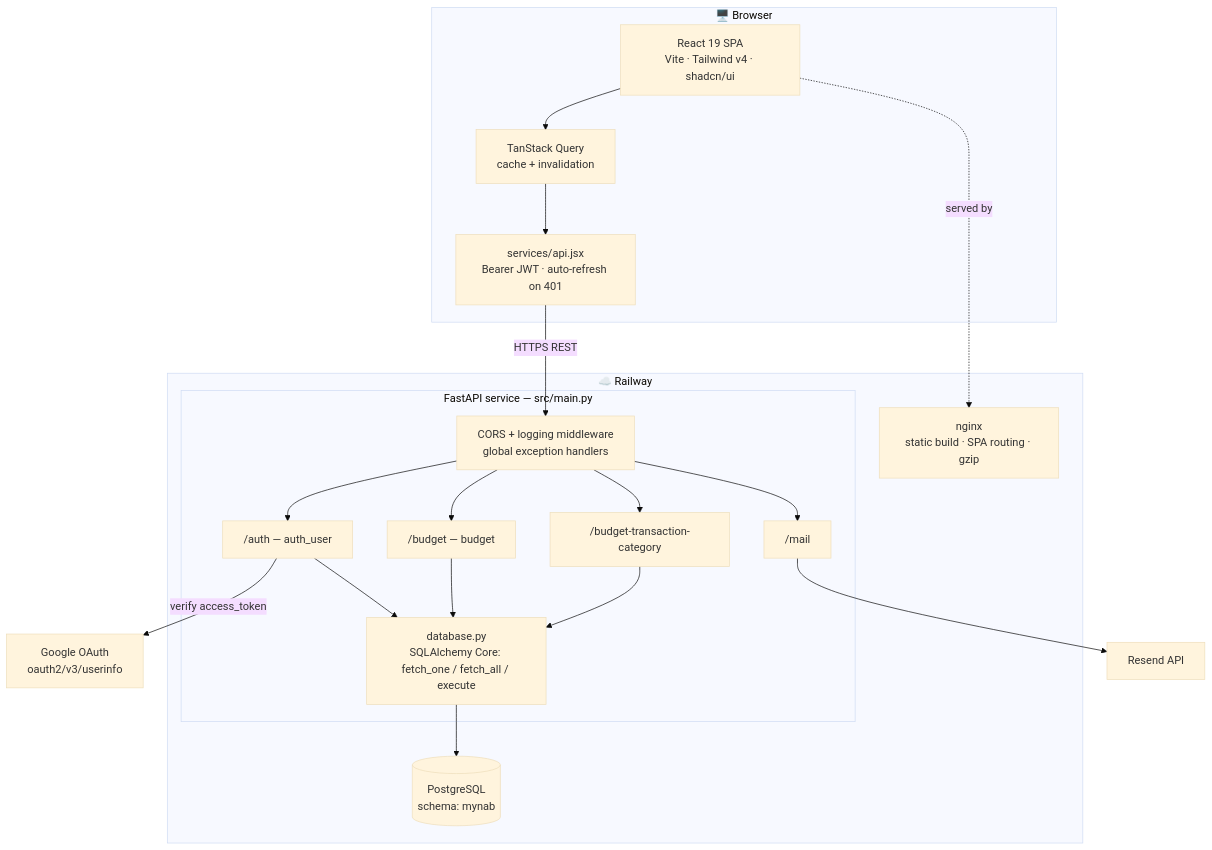
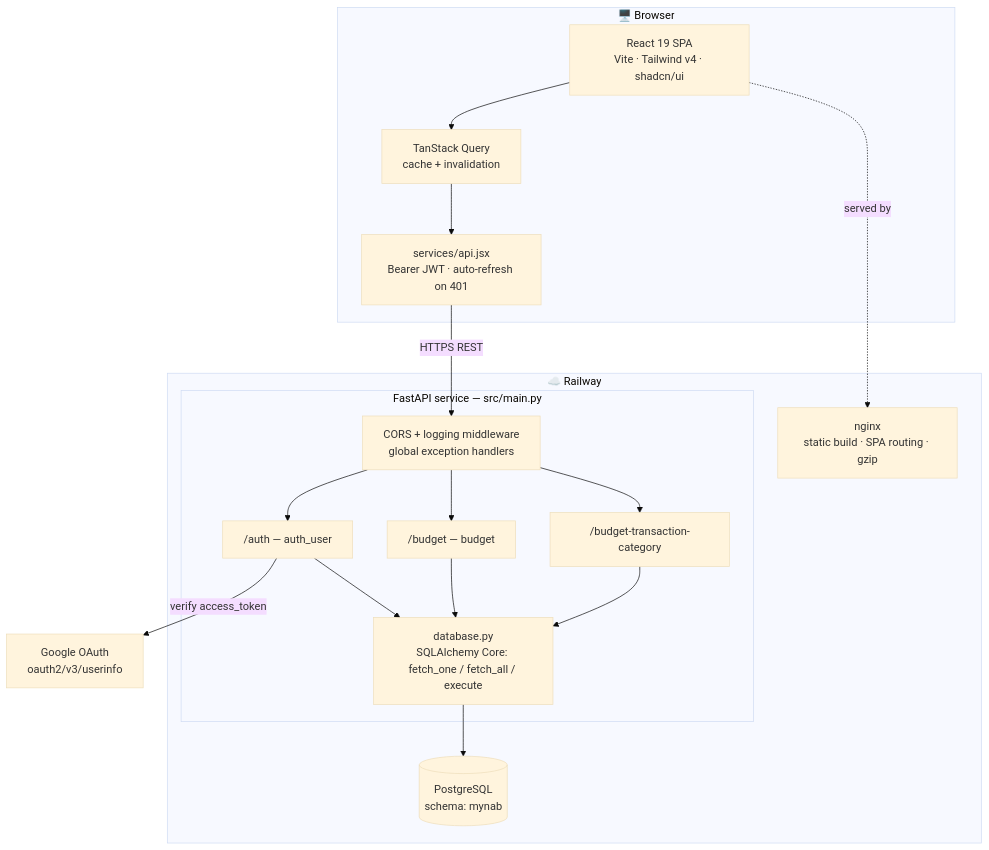
One commit to matiastulli/MYNAB changed the first of 4 diagrams in README.md. Above: the diagram before and after it, drawn with Mermaid (base theme). The commit also changed 18 other files, not shown here.

````diff
--- a/README.md
+++ b/README.md
@@ -55,37 +55,34 @@
 ```mermaid
 graph TB
     subgraph Browser["🖥️ Browser"]
         SPA["React 19 SPA<br/>Vite · Tailwind v4 · shadcn/ui"]
         RQ["TanStack Query<br/>cache + invalidation"]
         APIC["services/api.jsx<br/>Bearer JWT · auto-refresh on 401"]
         SPA --> RQ --> APIC
     end
 
     subgraph Railway["☁️ Railway"]
         NGX["nginx<br/>static build · SPA routing · gzip"]
 
         subgraph Service["FastAPI service — src/main.py"]
             MW["CORS + logging middleware<br/>global exception handlers"]
             AUTH["/auth — auth_user"]
             BUD["/budget — budget"]
             CAT["/budget-transaction-category"]
-            MAILR["/mail"]
             DBH["database.py<br/>SQLAlchemy Core: fetch_one / fetch_all / execute"]
         end
 
         PG[("PostgreSQL<br/>schema: mynab")]
     end
 
     GOOG["Google OAuth<br/>oauth2/v3/userinfo"]
-    RESEND["Resend API"]
 
     SPA -.served by.-> NGX
     APIC -->|HTTPS REST| MW
-    MW --> AUTH & BUD & CAT & MAILR
+    MW --> AUTH & BUD & CAT
     AUTH -->|verify access_token| GOOG
-    MAILR --> RESEND
     AUTH --> DBH
     BUD --> DBH
     CAT --> DBH
     DBH --> PG
 ```
````
